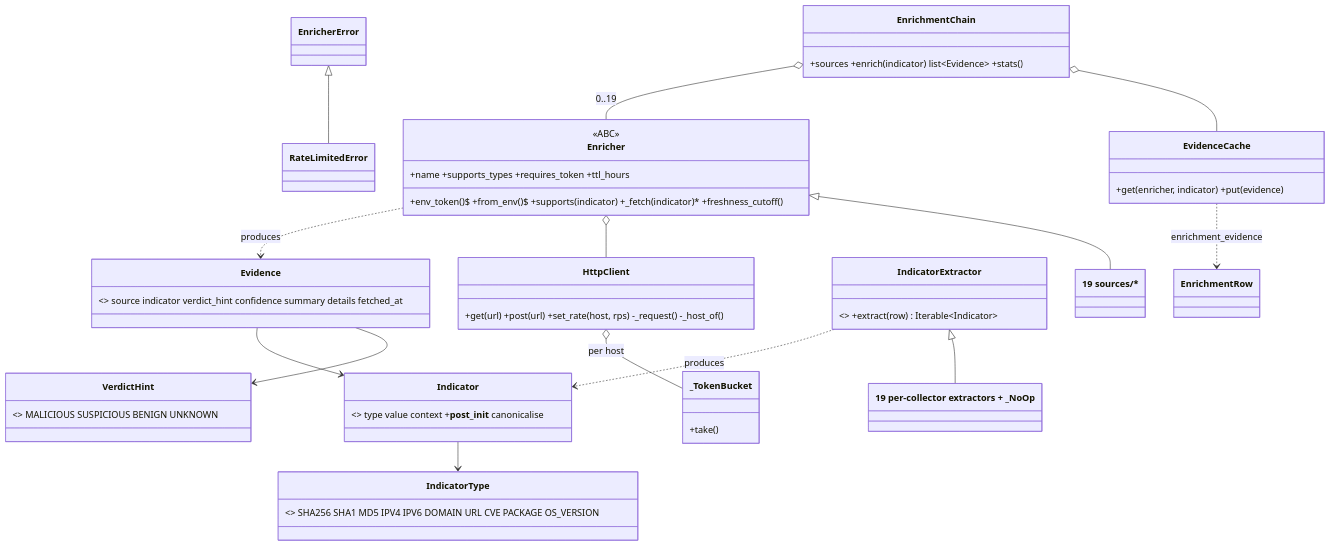
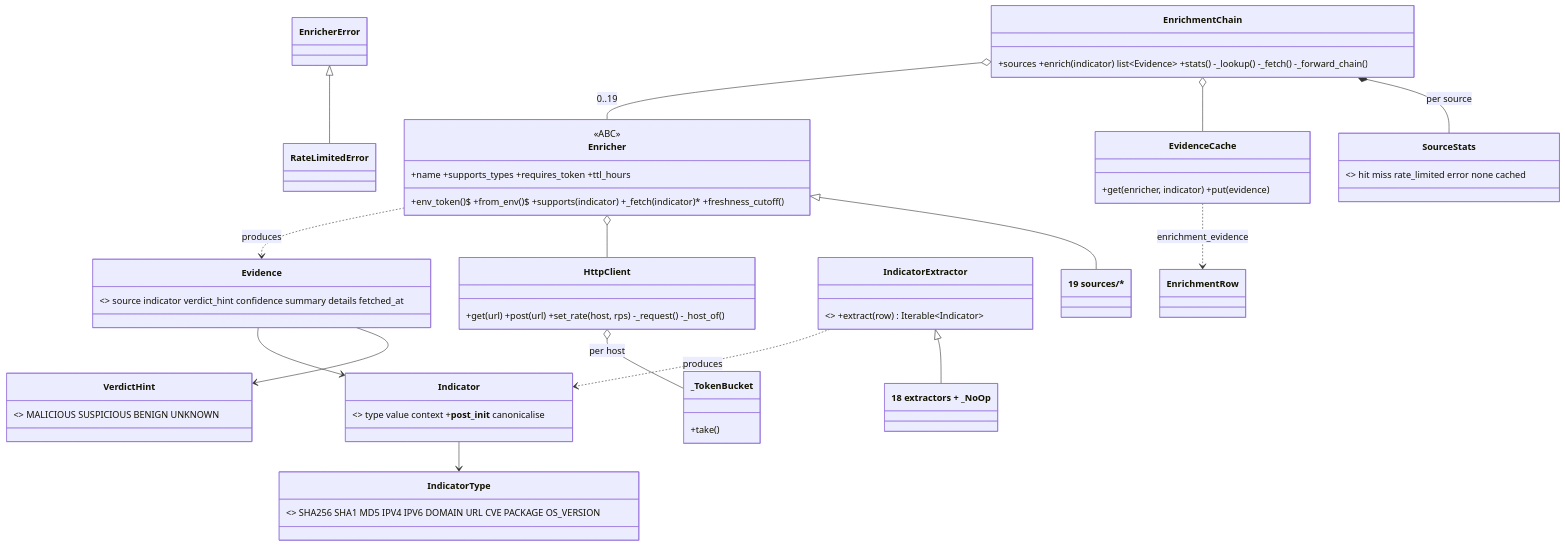
One commit to iklobato/avai changed diagram 17 of 23 in docs/ARCHITECTURE.md. Above: the diagram before and after it, drawn with Mermaid. The commit also changed other lines of this file and 1 other file, not shown here.

First line of the commit message:
docs: document the enrichment refactor and record phase 8

````diff
--- a/docs/ARCHITECTURE.md
+++ b/docs/ARCHITECTURE.md
@@ -1077,35 +1077,37 @@
 ```mermaid
 classDiagram
     class IndicatorType { <<StrEnum>> SHA256 SHA1 MD5 IPV4 IPV6 DOMAIN URL CVE PACKAGE OS_VERSION }
     class VerdictHint { <<StrEnum>> MALICIOUS SUSPICIOUS BENIGN UNKNOWN }
     class Indicator { <<frozen>> type value context +__post_init__ canonicalise }
     class Evidence { <<frozen>> source indicator verdict_hint confidence summary details fetched_at }
     class Enricher {
         <<ABC>>
         +name +supports_types +requires_token +ttl_hours
         +env_token()$ +from_env()$ +supports(indicator) +_fetch(indicator)* +freshness_cutoff()
     }
     class EnricherError
     class RateLimitedError
     EnricherError <|-- RateLimitedError
     class HttpClient { +get(url) +post(url) +set_rate(host, rps) -_request() -_host_of() }
     class _TokenBucket { +take() }
     HttpClient o-- _TokenBucket : per host
     class EvidenceCache { +get(enricher, indicator) +put(evidence) }
-    class EnrichmentChain { +sources +enrich(indicator) list~Evidence~ +stats() }
+    class EnrichmentChain { +sources +enrich(indicator) list~Evidence~ +stats() -_lookup() -_fetch() -_forward_chain() }
+    class SourceStats { <<dataclass>> hit miss rate_limited error none cached }
     class IndicatorExtractor { <<ABC>> +extract(row) Iterable~Indicator~ }
 
     Indicator --> IndicatorType
     Evidence --> Indicator
     Evidence --> VerdictHint
     Enricher ..> Evidence : produces
     Enricher o-- HttpClient
     EnrichmentChain o-- Enricher : 0..19
     EnrichmentChain o-- EvidenceCache
+    EnrichmentChain *-- SourceStats : per source
     EvidenceCache ..> EnrichmentRow : enrichment_evidence
     IndicatorExtractor ..> Indicator : produces
-    class Extractors["19 per-collector extractors + _NoOp"]
+    class Extractors["18 extractors + _NoOp"]
     class Sources["19 sources/*"]
     IndicatorExtractor <|-- Extractors
     Enricher <|-- Sources
 ```
````
